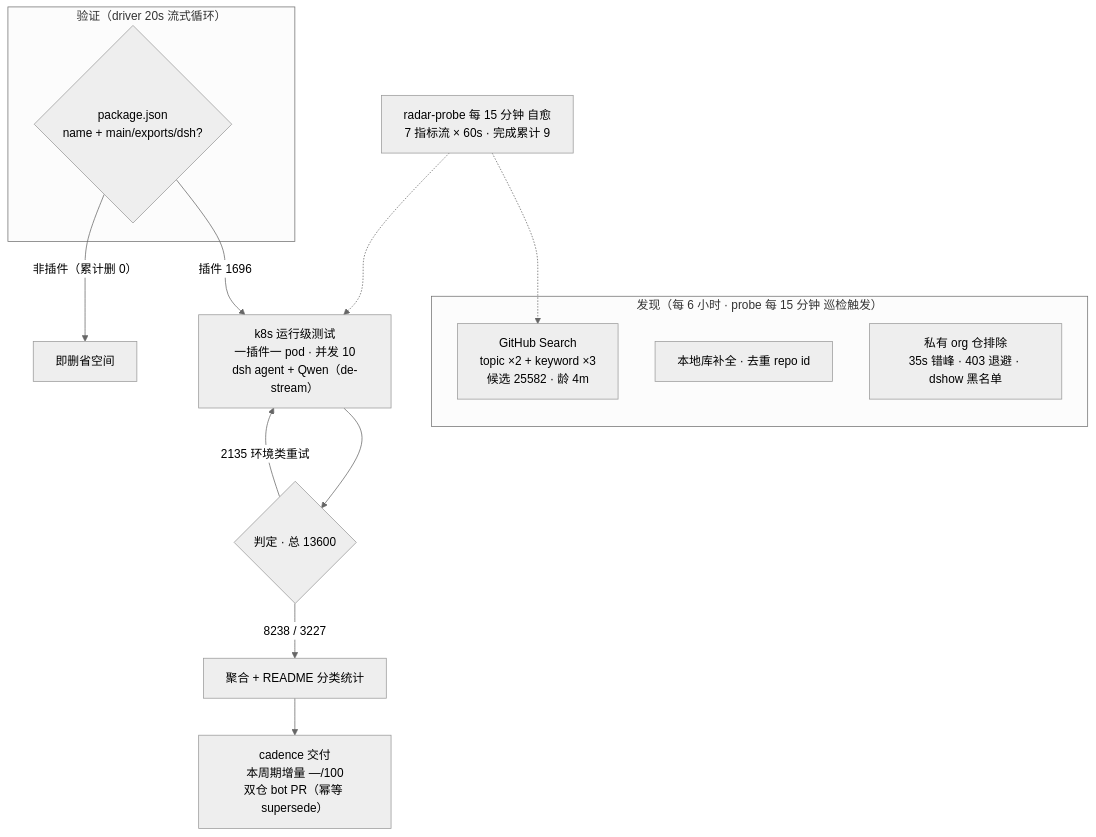
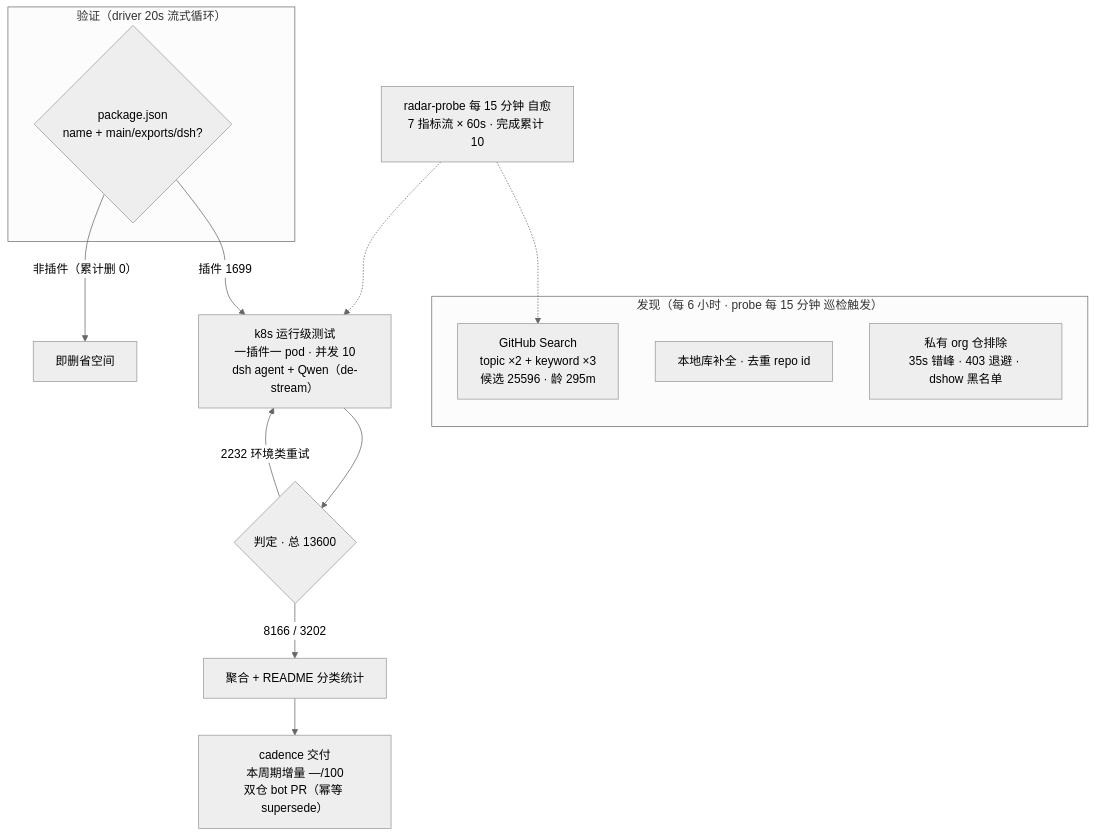
The diagram in README.md (Zhidao-Lab-OSS/awesome-dsh-plugins), drawn with Mermaid (neutral theme) before and after one commit. The commit also changed other lines of this file and 1 other file, not shown here.

````diff
--- a/README.md
+++ b/README.md
@@ -160,20 +159,20 @@
 ```mermaid
 flowchart TB
     subgraph Discovery["发现（每 6 小时 · probe 每 15 分钟 巡检触发）"]
-        A1["GitHub Search<br/>topic ×2 + keyword ×3<br/>候选 25582 · 龄 4m"]
+        A1["GitHub Search<br/>topic ×2 + keyword ×3<br/>候选 25596 · 龄 295m"]
         A2["本地库补全 · 去重 repo id"]
         A3["私有 org 仓排除<br/>35s 错峰 · 403 退避 · dshow 黑名单"]
     end
     subgraph Validation["验证（driver 20s 流式循环）"]
         B1{"package.json<br/>name + main/exports/dsh?"}
     end
-    B1 -->|"插件 1696"| C1["k8s 运行级测试<br/>一插件一 pod · 并发 10<br/>dsh agent + Qwen（de-stream）"]
+    B1 -->|"插件 1699"| C1["k8s 运行级测试<br/>一插件一 pod · 并发 10<br/>dsh agent + Qwen（de-stream）"]
     B1 -->|"非插件（累计删 0）"| B3["即删省空间"]
     C1 --> D1{"判定 · 总 13600"}
-    D1 -->|"8238 / 3227"| E1["聚合 + README 分类统计"]
-    D1 -->|"2135 环境类重试"| C1
+    D1 -->|"8166 / 3202"| E1["聚合 + README 分类统计"]
+    D1 -->|"2232 环境类重试"| C1
     E1 --> E2["cadence 交付<br/>本周期增量 —/100<br/>双仓 bot PR（幂等 supersede）"]
-    M["radar-probe 每 15 分钟 自愈<br/>7 指标流 × 60s · 完成累计 9"]
+    M["radar-probe 每 15 分钟 自愈<br/>7 指标流 × 60s · 完成累计 10"]
     M -.-> A1
     M -.-> C1
 ```
````
